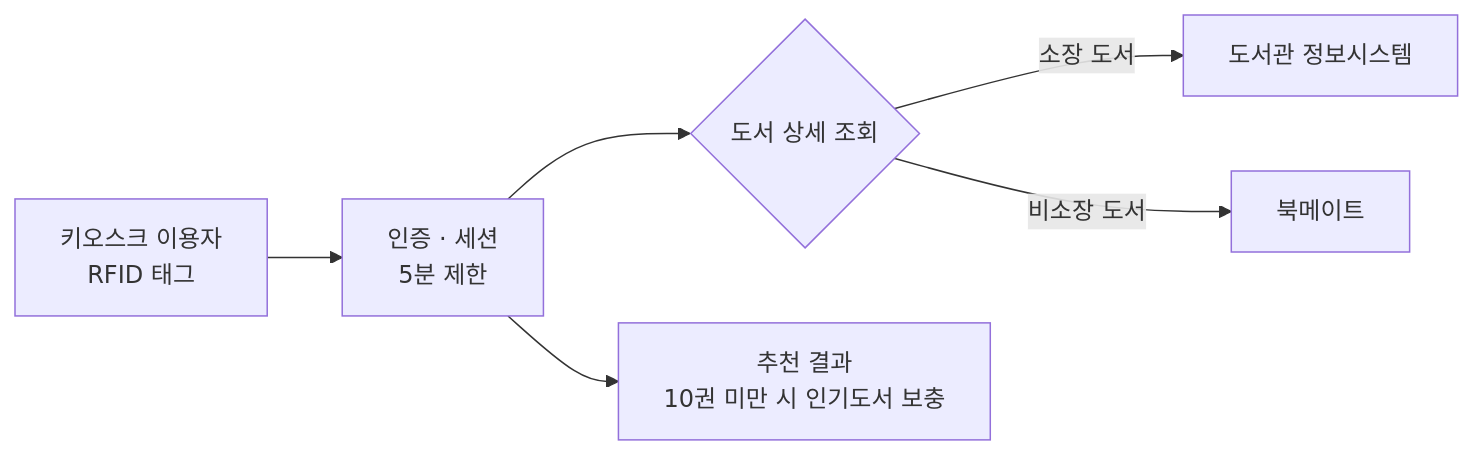
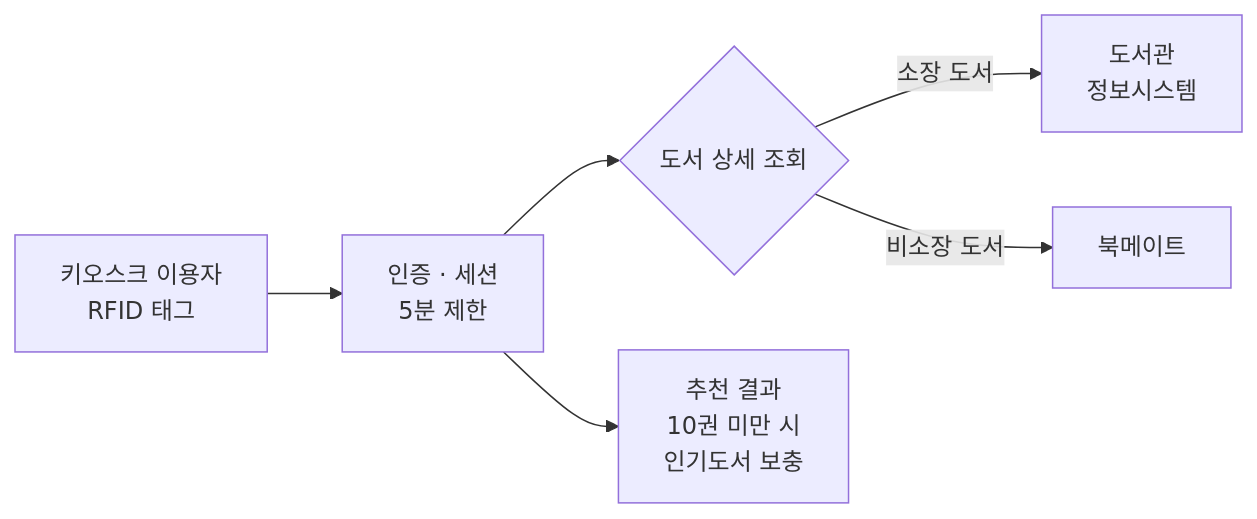
One commit to panorama713/career-portfolio changed the diagram in projects/04-ai-middleware.md. Above: the diagram before and after it, drawn with Mermaid. The commit also changed 4 other files, not shown here.

First line of the commit message:
Shorten diagram label lines so Korean text does not wrap mid-word

````diff
--- a/projects/04-ai-middleware.md
+++ b/projects/04-ai-middleware.md
@@ -6,14 +6,14 @@
 ```mermaid
 flowchart LR
     User["키오스크 이용자<br/>RFID 태그"]
     Auth["인증 · 세션<br/>5분 제한"]
     Detail{"도서 상세 조회"}
-    LibSys["도서관 정보시스템"]
+    LibSys["도서관<br/>정보시스템"]
     Bookmate["북메이트"]
-    Reco["추천 결과<br/>10권 미만 시 인기도서 보충"]
+    Reco["추천 결과<br/>10권 미만 시<br/>인기도서 보충"]
 
     User --> Auth --> Detail
     Detail -->|소장 도서| LibSys
     Detail -->|비소장 도서| Bookmate
     Auth --> Reco
 ```
````
